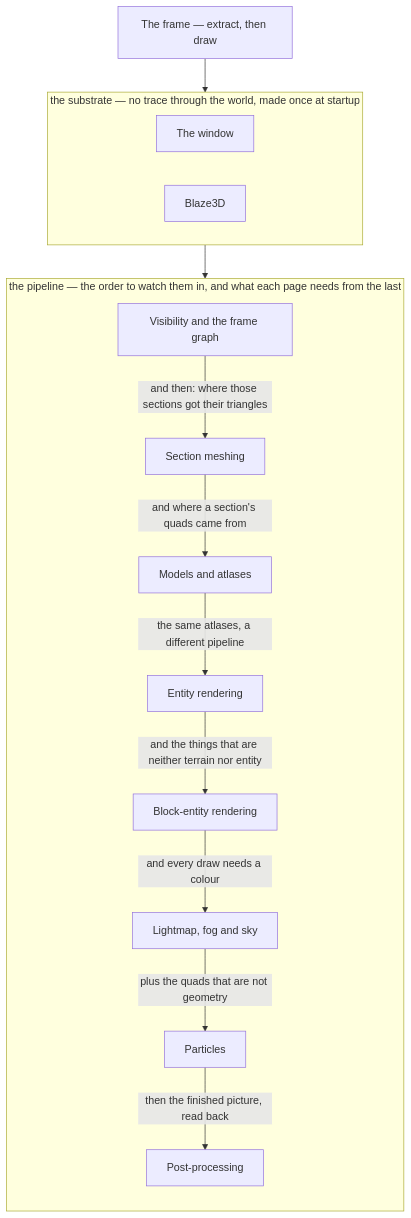
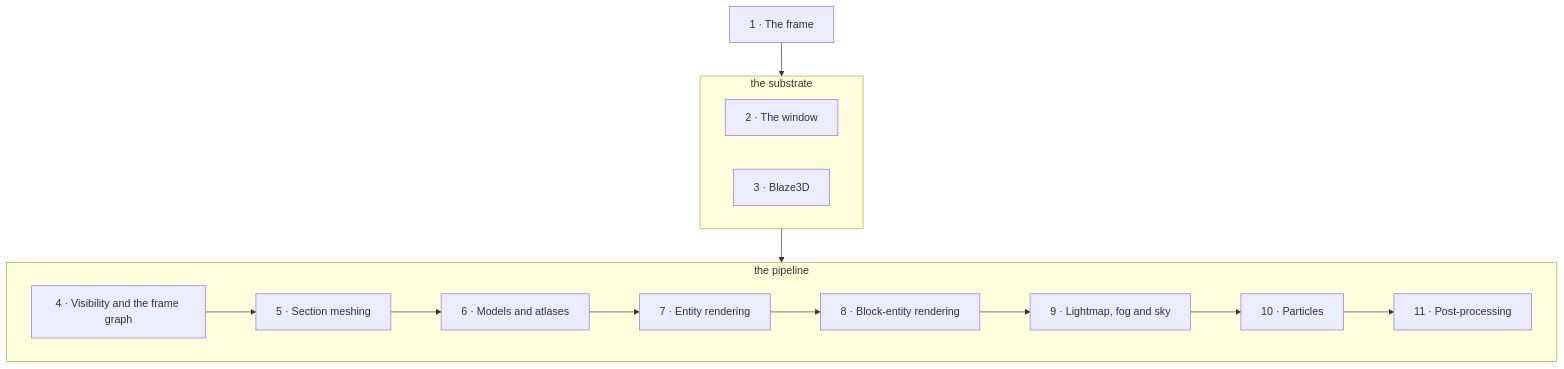
The diagram in src/systems/rendering/README.md (AlexanderjFraser/MinecraftDocs), drawn with Mermaid before and after one commit. The commit also changed other lines of this file and 18 other files, not shown here.

````diff
--- a/src/systems/rendering/README.md
+++ b/src/systems/rendering/README.md
@@ -44,29 +44,20 @@
 ```mermaid
 flowchart TD
-    FRAME["The frame — extract, then draw"]
-    subgraph SUB["the substrate — no trace through the world, made once at startup"]
-        direction LR
-        WIN["The window"]
-        B3D["Blaze3D"]
+    FRAME["1 · The frame"]
+    subgraph SUB["the substrate"]
+        WIN["2 · The window"]
+        B3D["3 · Blaze3D"]
     end
-    subgraph PIPE["the pipeline — the order to watch them in, and what each page needs from the last"]
-        direction TB
-        VIS["Visibility and the frame graph"]
-        MESH["Section meshing"]
-        MOD["Models and atlases"]
-        ENT["Entity rendering"]
-        BEN["Block-entity rendering"]
-        SKY["Lightmap, fog and sky"]
-        PART["Particles"]
-        POST["Post-processing"]
-        VIS -- "and then: where those sections got their triangles" --> MESH
-        MESH -- "and where a section's quads came from" --> MOD
-        MOD -- "the same atlases, a different pipeline" --> ENT
-        ENT -- "and the things that are neither terrain nor entity" --> BEN
-        BEN -- "and every draw needs a colour" --> SKY
-        SKY -- "plus the quads that are not geometry" --> PART
-        PART -- "then the finished picture, read back" --> POST
+    subgraph PIPE["the pipeline"]
+        VIS["4 · Visibility and the frame graph"]
+        MESH["5 · Section meshing"]
+        MOD["6 · Models and atlases"]
+        ENT["7 · Entity rendering"]
+        BEN["8 · Block-entity rendering"]
+        SKY["9 · Lightmap, fog and sky"]
+        PART["10 · Particles"]
+        POST["11 · Post-processing"]
+        VIS --> MESH --> MOD --> ENT --> BEN --> SKY --> PART --> POST
     end
-    FRAME --> SUB
-    SUB --> PIPE
+    FRAME --> SUB --> PIPE
 ```
````
